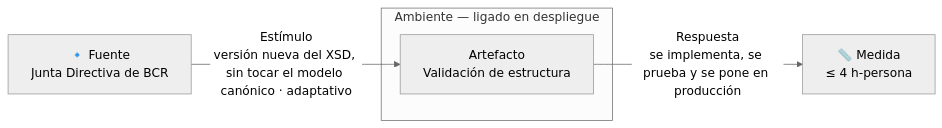
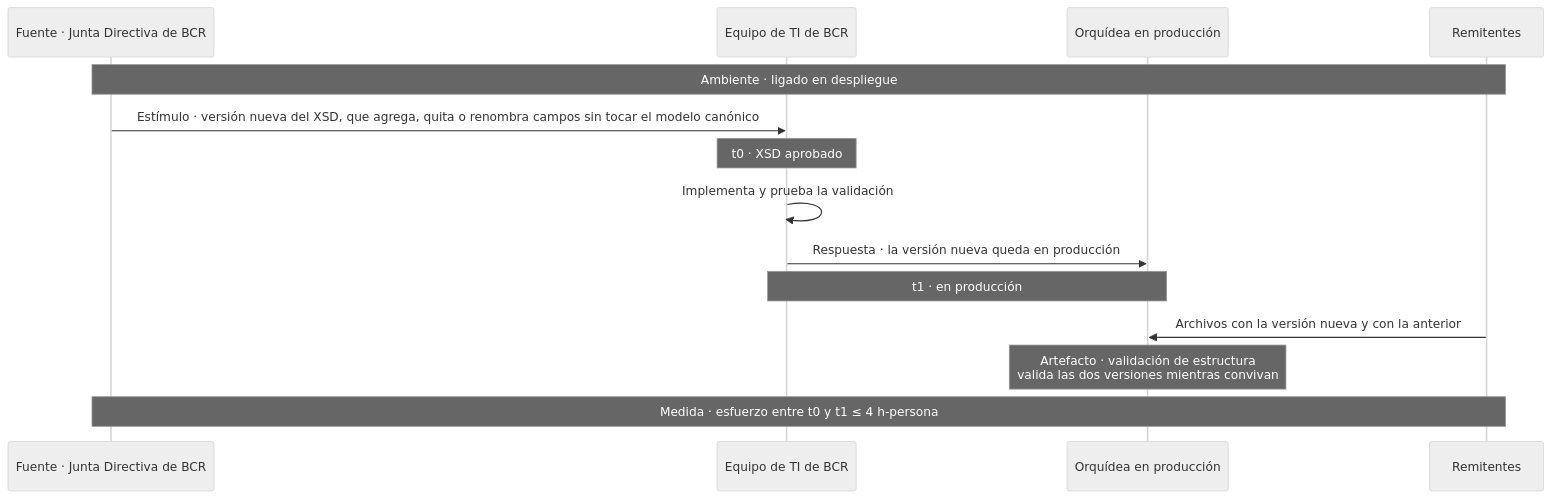
Diagram 15 of 17 in docs/quality-attributes.md (MATI-MBIT/arqsoft-reto-4), drawn with Mermaid (neutral theme) before and after one commit. The commit also changed other lines of this file, not shown here.

Commit message:
Cambia los diagramas de los ASR por diagramas de secuencia con t0, t1 y la medida

````diff
--- a/docs/quality-attributes.md
+++ b/docs/quality-attributes.md
@@ -490,9 +569,16 @@
 ```mermaid
-flowchart LR
-    F["🔹 Fuente<br/>Junta Directiva de BCR"]
-    F -- "Estímulo<br/>versión nueva del XSD, sin tocar el modelo canónico · adaptativo" --> A
-    subgraph AMB["Ambiente — ligado en despliegue"]
-        A["Artefacto<br/>Validación de estructura"]
-    end
-    A -- "Respuesta<br/>se implementa, se prueba y se pone en producción" --> M["📏 Medida<br/>≤ 4 h-persona"]
+sequenceDiagram
+    participant J as Fuente · Junta Directiva de BCR
+    participant T as Equipo de TI de BCR
+    participant O as Orquídea en producción
+    participant R as Remitentes
+    Note over J,R: Ambiente · ligado en despliegue
+    J->>T: Estímulo · versión nueva del XSD, que agrega, quita o renombra campos sin tocar el modelo canónico
+    Note over T: t0 · XSD aprobado
+    T->>T: Implementa y prueba la validación
+    T->>O: Respuesta · la versión nueva queda en producción
+    Note over T,O: t1 · en producción
+    R->>O: Archivos con la versión nueva y con la anterior
+    Note over O: Artefacto · validación de estructura<br/>valida las dos versiones mientras convivan
+    Note over J,R: Medida · esfuerzo entre t0 y t1 ≤ 4 h-persona
 ```
````
